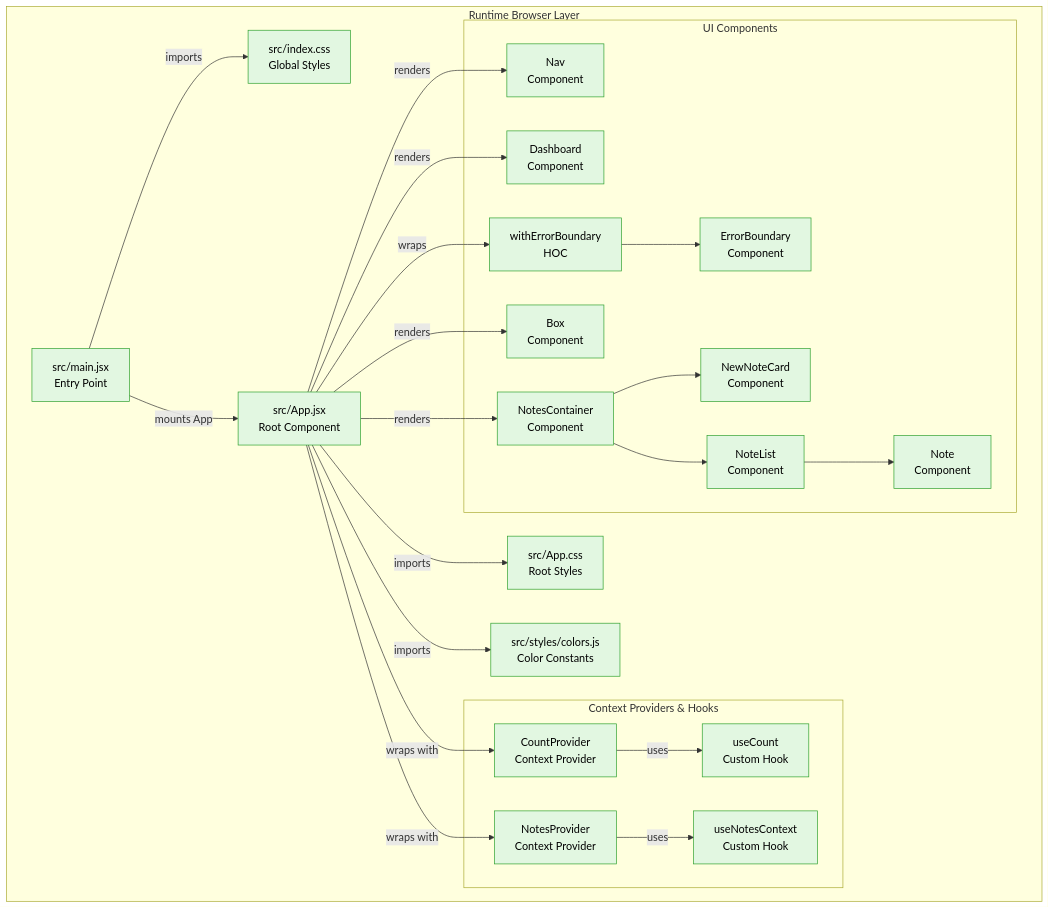
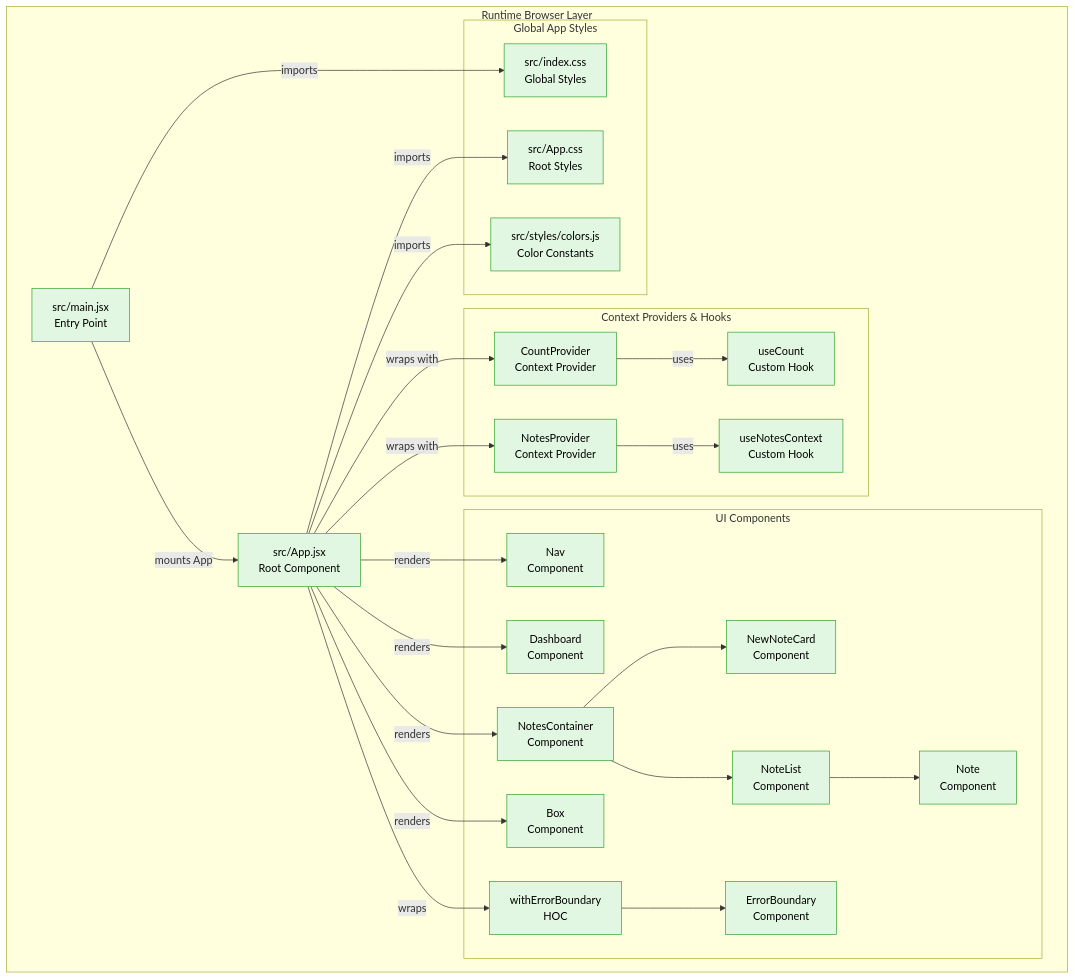
Before and after one commit to BrunoGil-AS/react-demo-debug: the diagram in README.md, drawn with Mermaid.

````diff
--- a/README.md
+++ b/README.md
@@ -15,78 +15,77 @@
 ```mermaid
 flowchart TD
     %% Runtime Browser Layer
     subgraph "Runtime Browser Layer"
         MAIN["src/main.jsx<br/>Entry Point"]:::runtime
-        INDEXCSS["src/index.css<br/>Global Styles"]:::runtime
         APP["src/App.jsx<br/>Root Component"]:::runtime
-        APPCSS["src/App.css<br/>Root Styles"]:::runtime
-        COLORS["src/styles/colors.js<br/>Color Constants"]:::runtime
-
+        subgraph "Global App Styles"
+            INDEXCSS["src/index.css<br/>Global Styles"]:::runtime
+            APPCSS["src/App.css<br/>Root Styles"]:::runtime
+            COLORS["src/styles/colors.js<br/>Color Constants"]:::runtime
+        end
         subgraph "Context Providers & Hooks"
             COUNTPROV["CountProvider<br/>Context Provider"]:::runtime
             COUNTHOOK["useCount<br/>Custom Hook"]:::runtime
             NOTESPROV["NotesProvider<br/>Context Provider"]:::runtime
             NOTESHOOK["useNotesContext<br/>Custom Hook"]:::runtime
         end
 
         subgraph "UI Components"
             NAV["Nav<br/>Component"]:::runtime
             DASH["Dashboard<br/>Component"]:::runtime
             NOTES["NotesContainer<br/>Component"]:::runtime
             NEWNOTE["NewNoteCard<br/>Component"]:::runtime
             NOTELIST["NoteList<br/>Component"]:::runtime
             NOTE["Note<br/>Component"]:::runtime
             BOX["Box<br/>Component"]:::runtime
             ERRWRAP["withErrorBoundary<br/>HOC"]:::runtime
             ERRCOMP["ErrorBoundary<br/>Component"]:::runtime
         end
     end
 
     %% Connections
     MAIN -->|imports| INDEXCSS
     MAIN -->|mounts App| APP
 
     APP -->|imports| APPCSS
     APP -->|imports| COLORS
     APP -->|wraps with| COUNTPROV
     APP -->|wraps with| NOTESPROV
 
     COUNTPROV -->|uses| COUNTHOOK
     NOTESPROV -->|uses| NOTESHOOK
 
     APP -->|renders| NAV
     APP -->|renders| DASH
     APP -->|renders| NOTES
     APP -->|renders| BOX
     APP -->|wraps| ERRWRAP
     ERRWRAP --> ERRCOMP
 
     NOTES --> NEWNOTE
     NOTES --> NOTELIST
     NOTELIST --> NOTE
 
     %% Click Events (still point to full paths for reference)
     click MAIN "https://github.com/brunogil-as/react-demo-debug/blob/master/src/main.jsx"
     click INDEXCSS "https://github.com/brunogil-as/react-demo-debug/blob/master/src/index.css"
     click APP "https://github.com/brunogil-as/react-demo-debug/blob/master/src/App.jsx"
     click APPCSS "https://github.com/brunogil-as/react-demo-debug/blob/master/src/App.css"
     click COLORS "https://github.com/brunogil-as/react-demo-debug/blob/master/src/styles/colors.js"
     click COUNTPROV "https://github.com/brunogil-as/react-demo-debug/blob/master/src/context/Counter/CountProvider.jsx"
     click COUNTHOOK "https://github.com/brunogil-as/react-demo-debug/blob/master/src/context/Counter/useCount.js"
     click NOTESPROV "https://github.com/brunogil-as/react-demo-debug/blob/master/src/context/Notes/NotesProvider.jsx"
     click NOTESHOOK "https://github.com/brunogil-as/react-demo-debug/blob/master/src/context/Notes/useNotesContext.js"
     click NAV "https://github.com/brunogil-as/react-demo-debug/blob/master/src/components/Nav/Nav.jsx"
     click DASH "https://github.com/brunogil-as/react-demo-debug/blob/master/src/components/Dashboard/Dashboard.jsx"
     click NOTES "https://github.com/brunogil-as/react-demo-debug/blob/master/src/components/Notes/Notes.jsx"
     click NEWNOTE "https://github.com/brunogil-as/react-demo-debug/blob/master/src/components/Notes/NewNoteCard.jsx"
     click NOTELIST "https://github.com/brunogil-as/react-demo-debug/blob/master/src/components/Notes/NoteList.jsx"
     click NOTE "https://github.com/brunogil-as/react-demo-debug/blob/master/src/components/Notes/Note.js"
     click BOX "https://github.com/brunogil-as/react-demo-debug/blob/master/src/components/Box/Box.jsx"
     click ERRWRAP "https://github.com/brunogil-as/react-demo-debug/blob/master/src/components/ErrorBoundary/withErrorBoundary.jsx"
     click ERRCOMP "https://github.com/brunogil-as/react-demo-debug/blob/master/src/components/ErrorBoundary/ErrorBoundary.jsx"
 
     %% Styles
     classDef runtime fill:#e2f7e1,stroke:#2ca02c,color:#000
-
-
 ```
````
